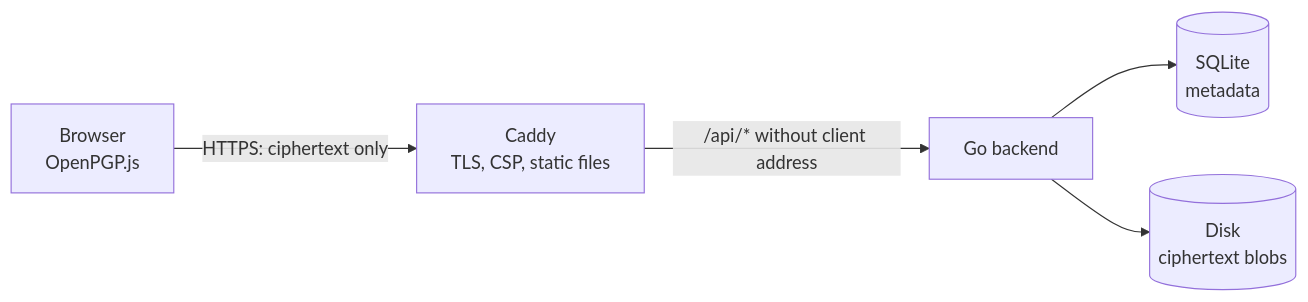
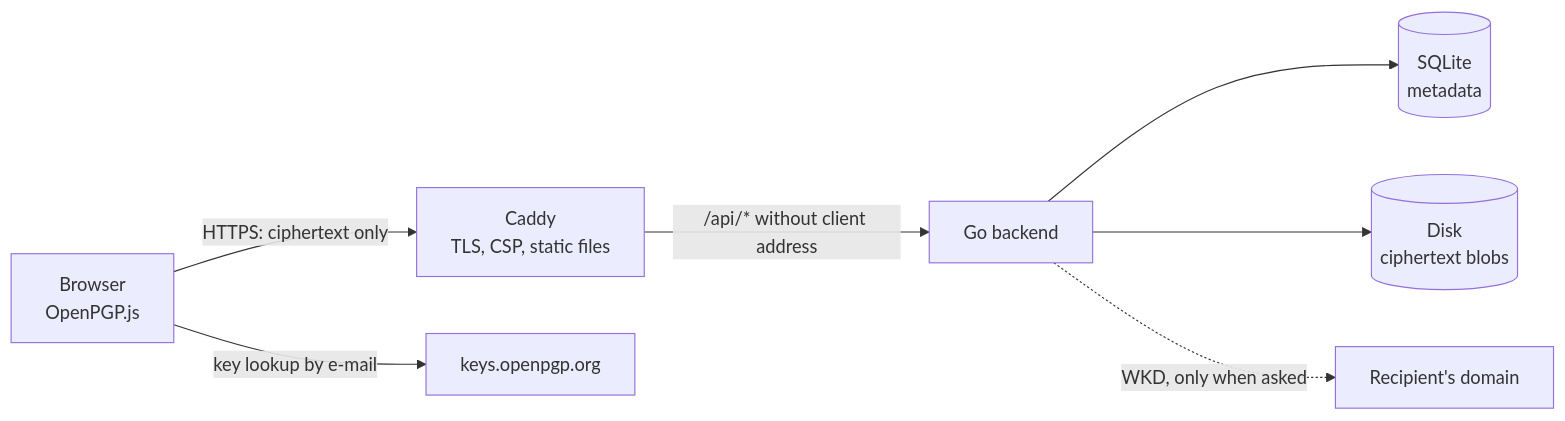
Before and after one commit to FileBunny/filebunny: the diagram in docs/architecture.md, drawn with Mermaid. The commit also changed other lines of this file and 8 other files, not shown here.

````diff
--- a/docs/architecture.md
+++ b/docs/architecture.md
@@ -5,7 +5,9 @@
 ```mermaid
 flowchart LR
     B[Browser<br/>OpenPGP.js] -- "HTTPS: ciphertext only" --> C[Caddy<br/>TLS, CSP, static files]
     C -- "/api/* without client address" --> G[Go backend]
     G --> D[(SQLite<br/>metadata)]
     G --> F[(Disk<br/>ciphertext blobs)]
+    B -- "key lookup by e-mail" --> K[keys.openpgp.org]
+    G -. "WKD, only when asked" .-> W[Recipient's domain]
 ```
````
